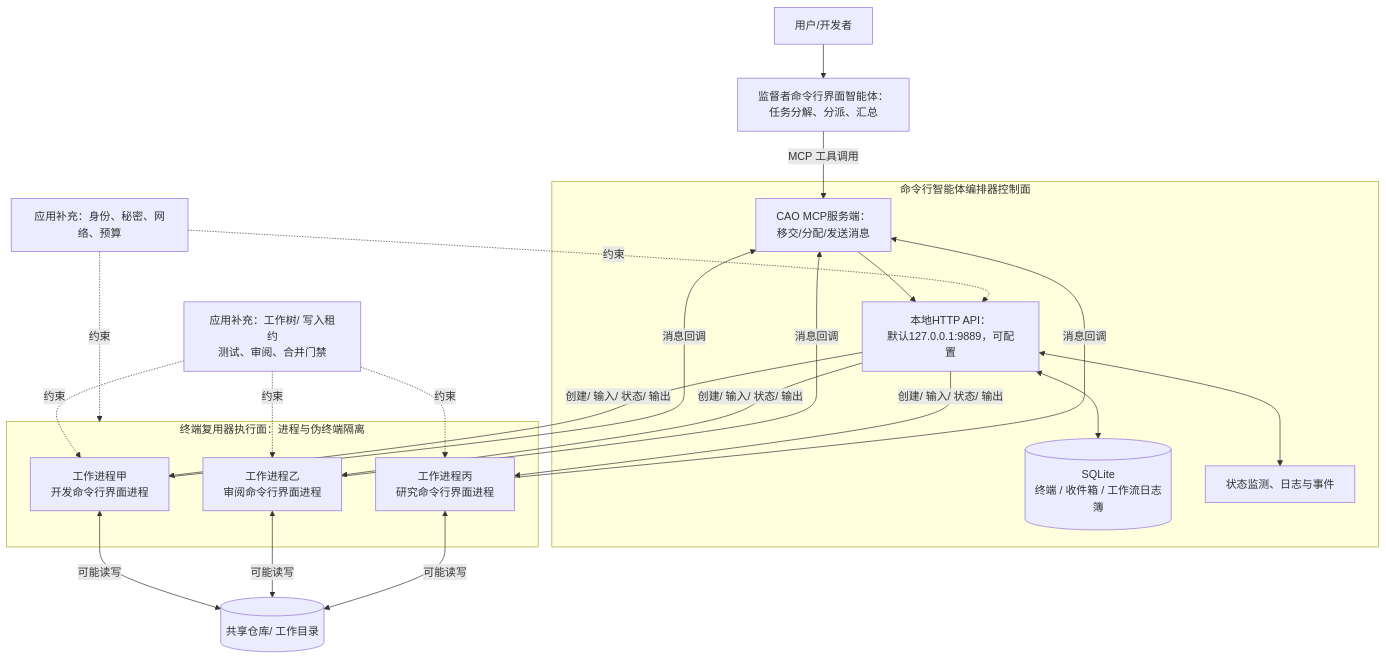
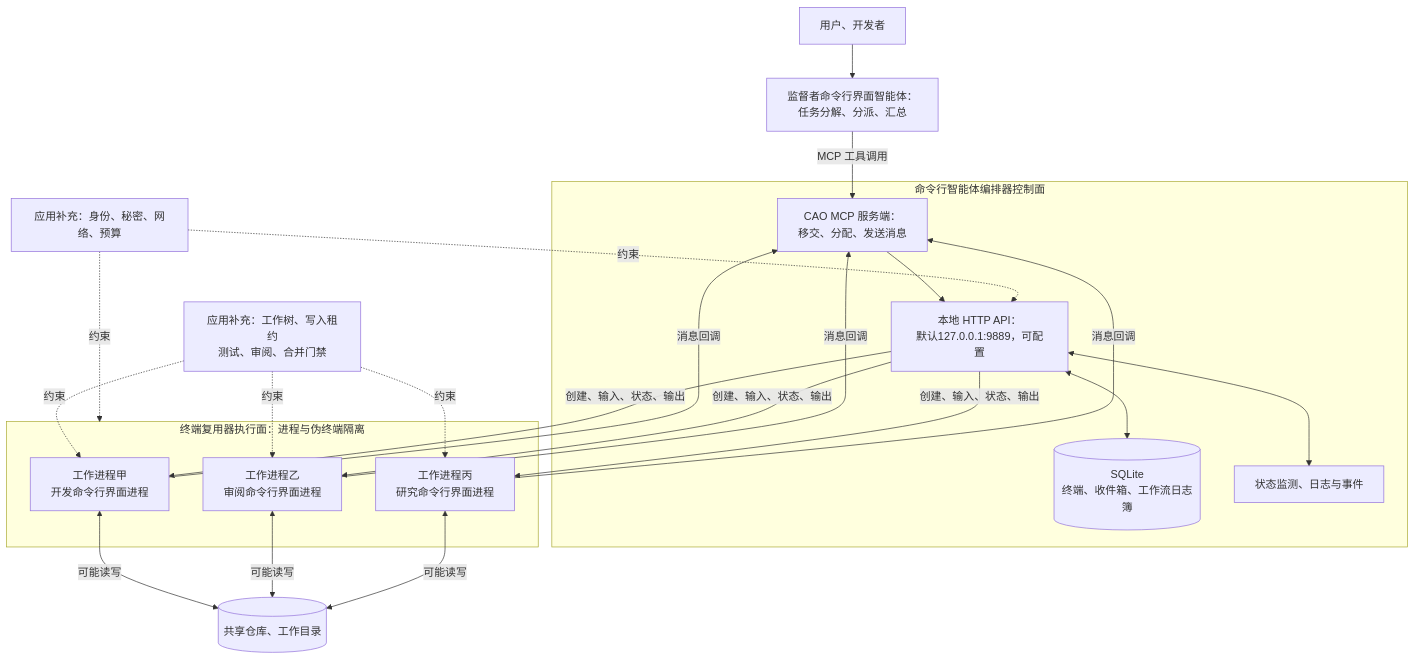
Before and after one commit to sealday/tego-arch: the first of 2 diagrams in content/cases/aws-cli-agent-orchestrator.mdx, drawn with Mermaid. The commit also changed other lines of this file and 33 other files, not shown here.

````diff
--- a/content/cases/aws-cli-agent-orchestrator.mdx
+++ b/content/cases/aws-cli-agent-orchestrator.mdx
@@ -155,45 +155,45 @@
 ```mermaid
 flowchart TB
   accTitle: 命令行智能体编排器监督者工作进程本地编排与共享文件边界
-  accDescr: 用户把任务交给监督者；监督者经MCP和本地HTTP服务同步移交或异步分配多个终端复用器工作进程。工作进程相互独立，却可能共享同一仓库和用户权限，因此写操作要经过租约与合并门禁。
+  accDescr: 用户把任务交给监督者；监督者经 MCP 和本地 HTTP 服务同步移交或异步分配多个终端复用器工作进程。工作进程相互独立，却可能共享同一仓库和用户权限，因此写操作要经过租约与合并门禁。
 
-  User["用户/开发者"] --> Supervisor["监督者命令行界面智能体：<br/>任务分解、分派、汇总"]
+  User["用户、开发者"] --> Supervisor["监督者命令行界面智能体：<br/>任务分解、分派、汇总"]
 
   subgraph Control["命令行智能体编排器控制面"]
-    MCP["CAO MCP服务端：<br/>移交/分配/发送消息"]
-    API["本地HTTP API：<br/>默认127.0.0.1:9889，可配置"]
-    State[("SQLite<br/>终端 / 收件箱 / 工作流日志簿")]
+    MCP["CAO MCP 服务端：<br/>移交、分配、发送消息"]
+    API["本地 HTTP API：<br/>默认127.0.0.1:9889，可配置"]
+    State[("SQLite<br/>终端、收件箱、工作流日志簿")]
     Monitor["状态监测、日志与事件"]
     MCP --> API
     API <--> State
     API <--> Monitor
   end
 
   Supervisor -->|"MCP 工具调用"| MCP
 
   subgraph Execution["终端复用器执行面：进程与伪终端隔离"]
     W1["工作进程甲<br/>开发命令行界面进程"]
     W2["工作进程乙<br/>审阅命令行界面进程"]
     W3["工作进程丙<br/>研究命令行界面进程"]
   end
 
-  API -->|"创建/ 输入/ 状态/ 输出"| W1
-  API -->|"创建/ 输入/ 状态/ 输出"| W2
-  API -->|"创建/ 输入/ 状态/ 输出"| W3
+  API -->|"创建、输入、状态、输出"| W1
+  API -->|"创建、输入、状态、输出"| W2
+  API -->|"创建、输入、状态、输出"| W3
   W1 -->|"消息回调"| MCP
   W2 -->|"消息回调"| MCP
   W3 -->|"消息回调"| MCP
 
-  Repo[("共享仓库/ 工作目录")]
+  Repo[("共享仓库、工作目录")]
   W1 <-->|"可能读写"| Repo
   W2 <-->|"可能读写"| Repo
   W3 <-->|"可能读写"| Repo
 
-  Gate["应用补充：工作树/ 写入租约<br/>测试、审阅、合并门禁"]
+  Gate["应用补充：工作树、写入租约<br/>测试、审阅、合并门禁"]
   Gate -.约束.-> W1
   Gate -.约束.-> W2
   Gate -.约束.-> W3
   Policy["应用补充：身份、秘密、网络、预算"]
   Policy -.约束.-> API
   Policy -.约束.-> Execution
 ```
````
